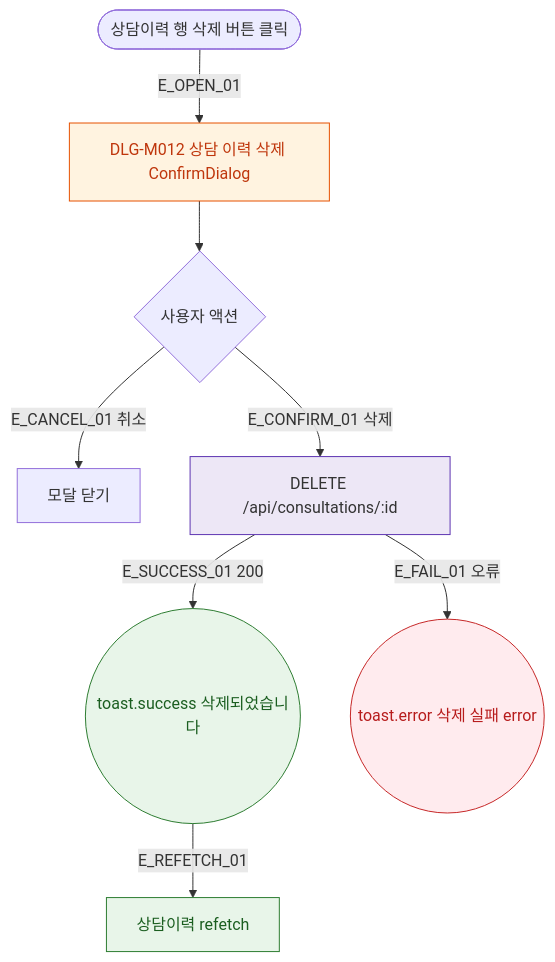
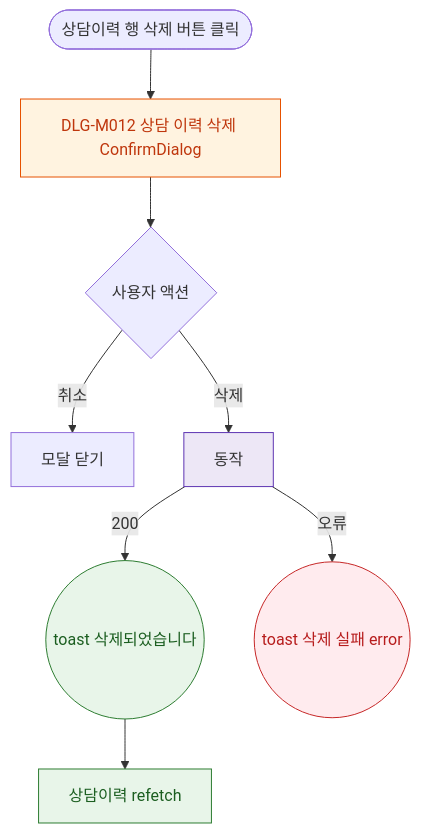
Before and after one commit to dev-spogym/admin-pando: the diagram in docs/다이어그램/D02_회원관리/DLG/DLG-M012_상담삭제/M1_생명주기.md, drawn with Mermaid. The commit also changed other lines of this file and 1660 other files, not shown here.

First line of the commit message:
다이어그램: 기획자/클라이언트 납품본으로 정리

````diff
--- a/docs/다이어그램/D02_회원관리/DLG/DLG-M012_상담삭제/M1_생명주기.md
+++ b/docs/다이어그램/D02_회원관리/DLG/DLG-M012_상담삭제/M1_생명주기.md
@@ -22,26 +20,26 @@
 ```mermaid
 flowchart TD
   TRIGGER([상담이력 행 삭제 버튼 클릭])
 
-  TRIGGER -->|E_OPEN_01| DLG_OPEN[DLG-M012 상담 이력 삭제 ConfirmDialog]
+  TRIGGER --> DLG_OPEN[DLG-M012 상담 이력 삭제 ConfirmDialog]
 
   DLG_OPEN --> USER_ACT{사용자 액션}
 
-  USER_ACT -->|E_CANCEL_01 취소| CLOSE[모달 닫기]
-  USER_ACT -->|E_CONFIRM_01 삭제| API_CALL[DELETE /api/consultations/:id]
+  USER_ACT -->|취소|CLOSE[모달 닫기]
+  USER_ACT -->|삭제|API_CALL[동작]
 
-  API_CALL -->|E_SUCCESS_01 200| TOAST_OK((toast.success 삭제되었습니다))
-  TOAST_OK -->|E_REFETCH_01| REFETCH[상담이력 refetch]
+  API_CALL -->|200|TOAST_OK((toast 삭제되었습니다))
+  TOAST_OK --> REFETCH[상담이력 refetch]
 
-  API_CALL -->|E_FAIL_01 오류| TOAST_ERR((toast.error 삭제 실패 error))
+  API_CALL -->|오류|TOAST_ERR((toast 삭제 실패 error))
 
-  classDef modal   fill:#FFF3E0,stroke:#E65100,color:#BF360C
+  classDef modal fill:#FFF3E0,stroke:#E65100,color:#BF360C
   classDef success fill:#E8F5E9,stroke:#2E7D32,color:#1B5E20
-  classDef error   fill:#FFEBEE,stroke:#C62828,color:#B71C1C
-  classDef system  fill:#EDE7F6,stroke:#5E35B2
+  classDef error fill:#FFEBEE,stroke:#C62828,color:#B71C1C
+  classDef system fill:#EDE7F6,stroke:#5E35B2
 
   class DLG_OPEN modal
   class TOAST_OK,REFETCH success
   class TOAST_ERR error
   class API_CALL system
 ```
````
